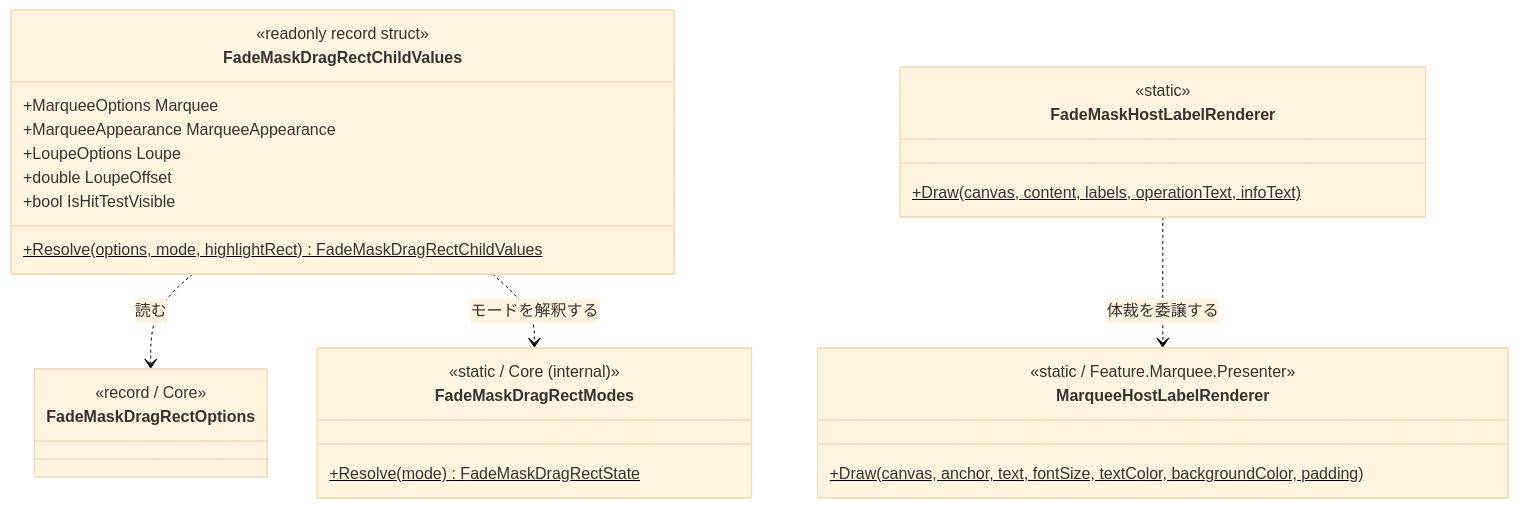
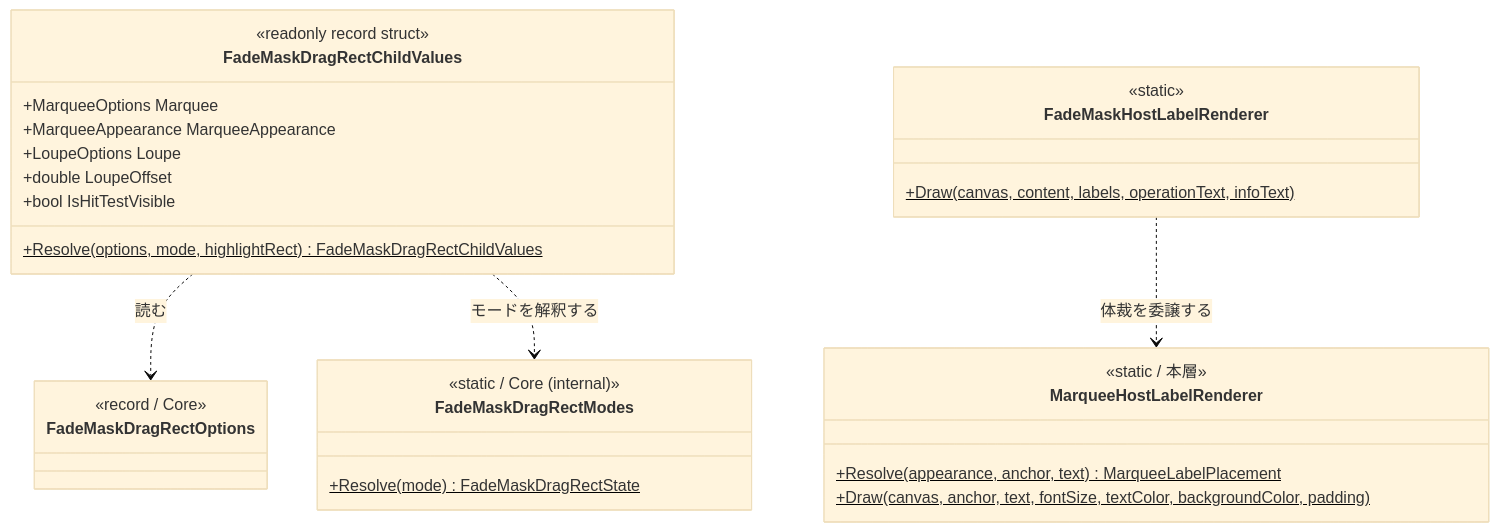
One commit to tomokuni/SaveEvidence changed the second of 5 diagrams in src/FadeMaskDragRectControl.UIBase/SPEC_System.md. Above: the diagram before and after it, drawn with Mermaid (base theme). The commit also changed other lines of this file and 83 other files, not shown here.

````diff
--- a/src/FadeMaskDragRectControl.UIBase/SPEC_System.md
+++ b/src/FadeMaskDragRectControl.UIBase/SPEC_System.md
@@ -49,31 +51,32 @@
 ```mermaid
 classDiagram
   class FadeMaskDragRectChildValues {
     <<readonly record struct>>
     +MarqueeOptions Marquee
     +MarqueeAppearance MarqueeAppearance
     +LoupeOptions Loupe
     +double LoupeOffset
     +bool IsHitTestVisible
     +Resolve(options, mode, highlightRect)$ FadeMaskDragRectChildValues
   }
   class FadeMaskHostLabelRenderer {
     <<static>>
     +Draw(canvas, content, labels, operationText, infoText)$
   }
   class FadeMaskDragRectOptions {
     <<record / Core>>
   }
   class FadeMaskDragRectModes {
     <<static / Core (internal)>>
     +Resolve(mode)$ FadeMaskDragRectState
   }
   class MarqueeHostLabelRenderer {
-    <<static / Feature.Marquee.Presenter>>
+    <<static / 本層>>
+    +Resolve(appearance, anchor, text)$ MarqueeLabelPlacement
     +Draw(canvas, anchor, text, fontSize, textColor, backgroundColor, padding)$
   }
 
   FadeMaskDragRectChildValues ..> FadeMaskDragRectOptions : 読む
   FadeMaskDragRectChildValues ..> FadeMaskDragRectModes : モードを解釈する
   FadeMaskHostLabelRenderer ..> MarqueeHostLabelRenderer : 体裁を委譲する
 ```
````
